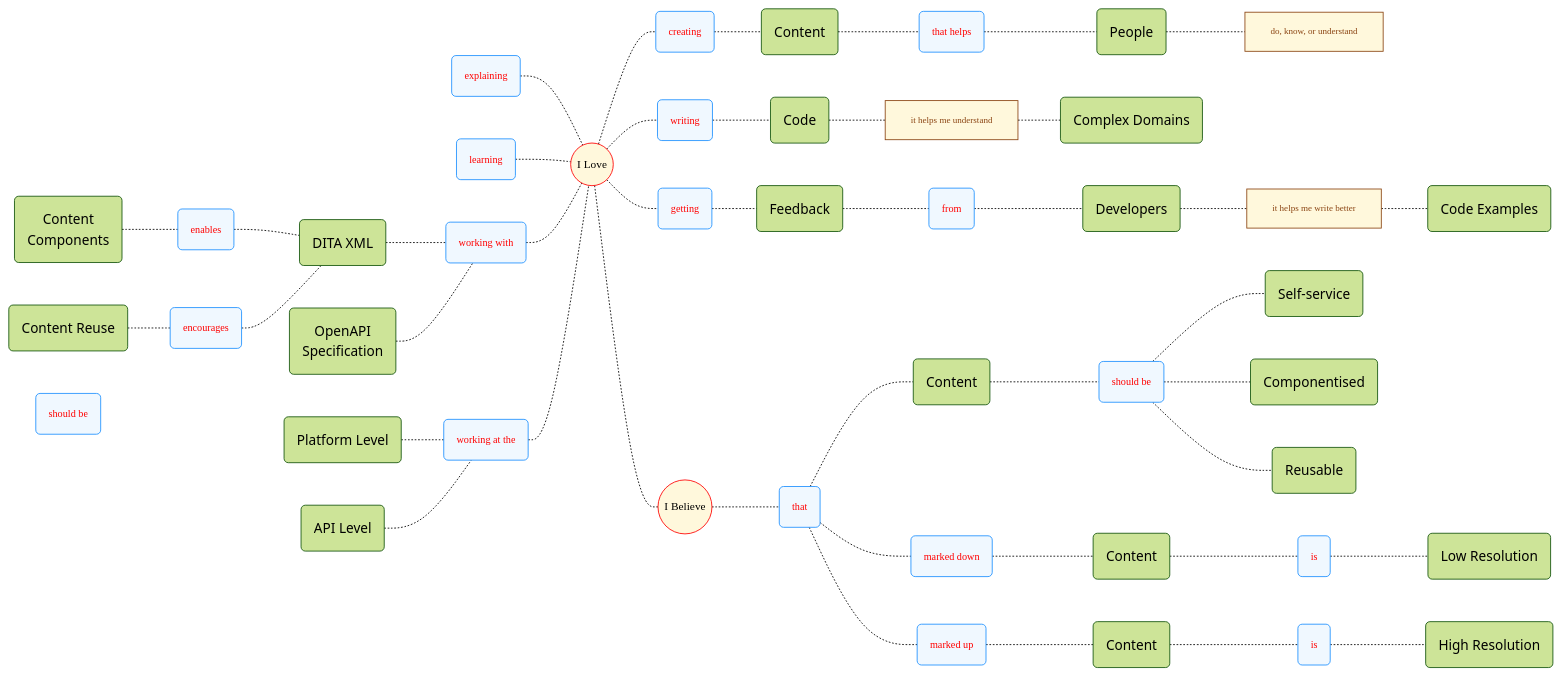
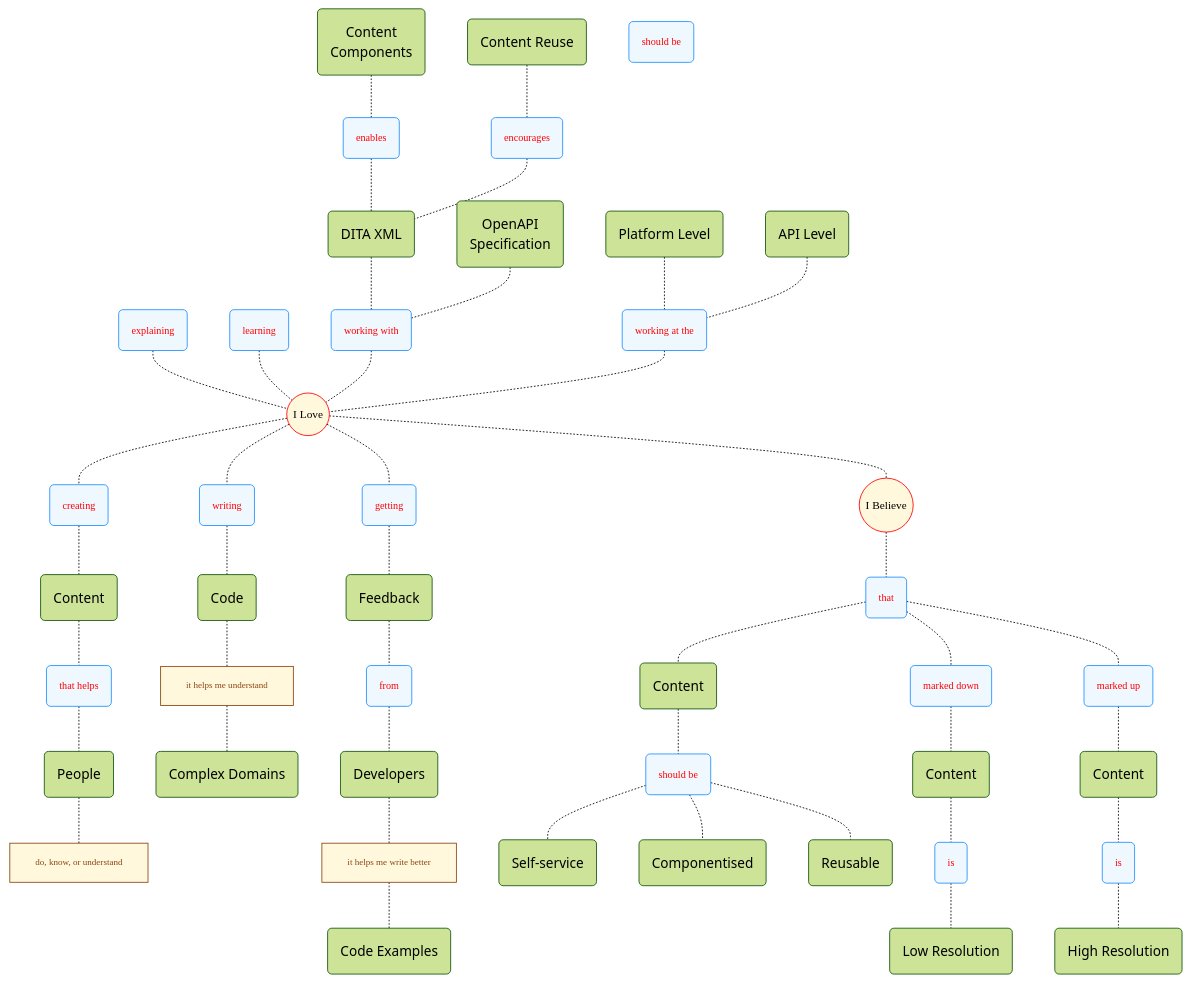
One commit to joe-dorward/samples changed the diagram in my_mindmap.md. Above: the diagram before and after it, drawn with Mermaid.

````diff
--- a/my_mindmap.md
+++ b/my_mindmap.md
@@ -1,6 +1,6 @@
 ```mermaid
 %%{init: { "theme":"forest"} }%%
-flowchart LR
+flowchart TD
   classDef Compact font-family:verdana, font-size:7.5pt, text-align:left;
   classDef Variables fill:white, stroke:white, font-family:courier new, font-size:10pt;
   classDef Object fill:white, stroke:white, font-family:verdana, font-size:9pt;
````
